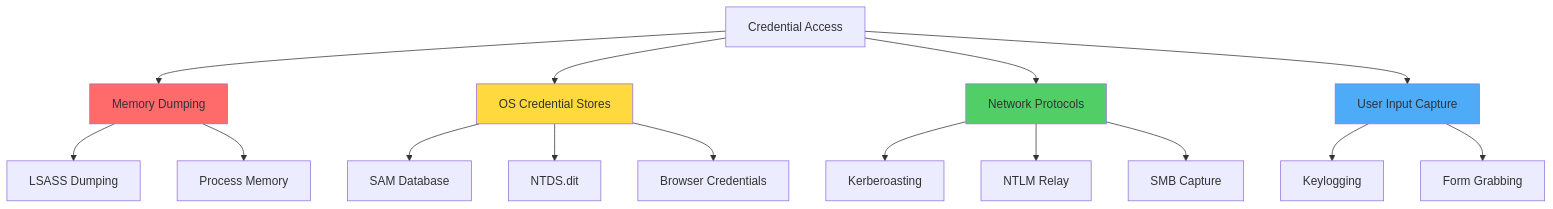
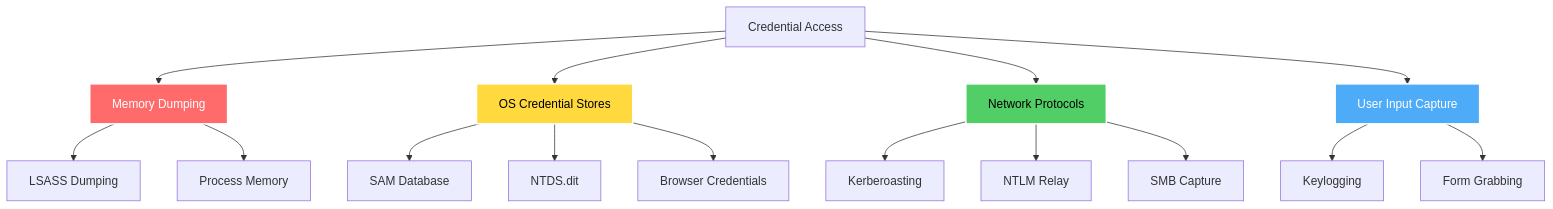
Before and after one commit to NovusAevum/apt-adversarial-operations: the sixth of 9 diagrams in README.md, drawn with Mermaid. The commit also changed other lines of this file and 2 other files, not shown here.

````diff
--- a/README.md
+++ b/README.md
@@ -340,23 +278,23 @@
 ```mermaid
 flowchart TD
     A[Credential Access] --> B[Memory Dumping]
     A --> C[OS Credential Stores]
     A --> D[Network Protocols]
     A --> E[User Input Capture]
     
     B --> B1[LSASS Dumping]
     B --> B2[Process Memory]
     C --> C1[SAM Database]
     C --> C2[NTDS.dit]
     C --> C3[Browser Credentials]
     D --> D1[Kerberoasting]
     D --> D2[NTLM Relay]
     D --> D3[SMB Capture]
     E --> E1[Keylogging]
     E --> E2[Form Grabbing]
     
-    style B fill:#ff6b6b
-    style C fill:#ffd93d
-    style D fill:#51cf66
-    style E fill:#4dabf7
+    style B fill:#ff6b6b,stroke:#fff,stroke-width:2px,color:#fff
+    style C fill:#ffd93d,stroke:#fff,stroke-width:2px,color:#000
+    style D fill:#51cf66,stroke:#fff,stroke-width:2px,color:#000
+    style E fill:#4dabf7,stroke:#fff,stroke-width:2px,color:#fff
 ```
````
